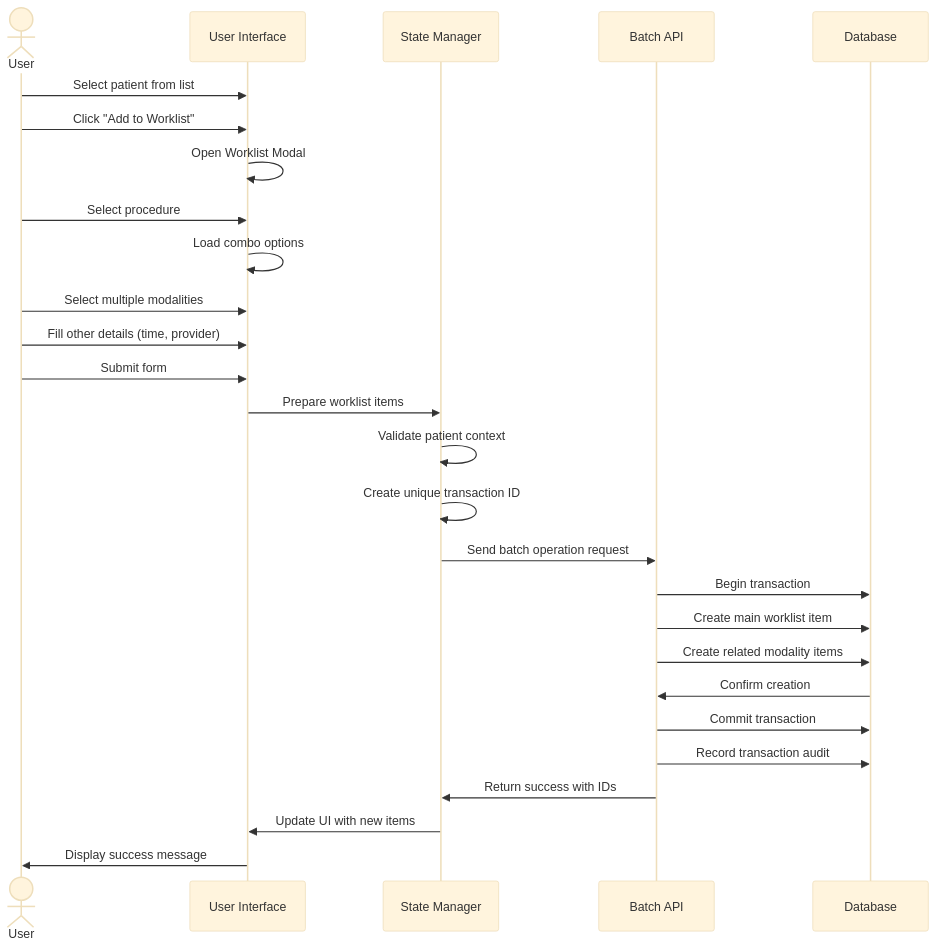
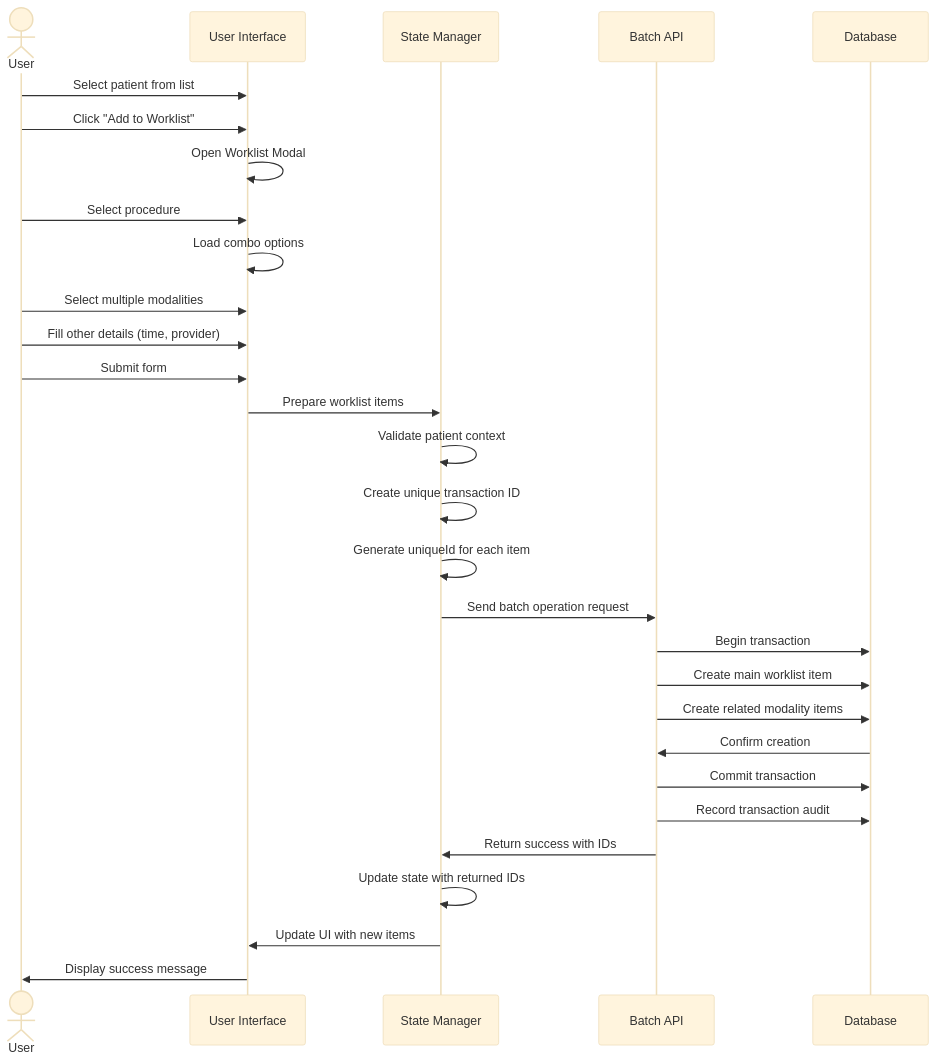
The second of 3 diagrams in docs/worklist.md (mamisoa/oph4py), drawn with Mermaid (base theme) before and after one commit. The commit also changed other lines of this file and 2 other files, not shown here.

````diff
--- a/docs/worklist.md
+++ b/docs/worklist.md
@@ -47,30 +47,32 @@
 ```mermaid
 sequenceDiagram
     actor User
     participant UI as User Interface
     participant SM as State Manager
     participant API as Batch API
     participant DB as Database
     
     User->>UI: Select patient from list
     User->>UI: Click "Add to Worklist"
     UI->>UI: Open Worklist Modal
     User->>UI: Select procedure
     UI->>UI: Load combo options
     User->>UI: Select multiple modalities
     User->>UI: Fill other details (time, provider)
     User->>UI: Submit form
     UI->>SM: Prepare worklist items
     SM->>SM: Validate patient context
     SM->>SM: Create unique transaction ID
+    SM->>SM: Generate uniqueId for each item
     SM->>API: Send batch operation request
     API->>DB: Begin transaction
     API->>DB: Create main worklist item
     API->>DB: Create related modality items
     DB->>API: Confirm creation
     API->>DB: Commit transaction
     API->>DB: Record transaction audit
     API->>SM: Return success with IDs
+    SM->>SM: Update state with returned IDs
     SM->>UI: Update UI with new items
     UI->>User: Display success message
 ```
````
